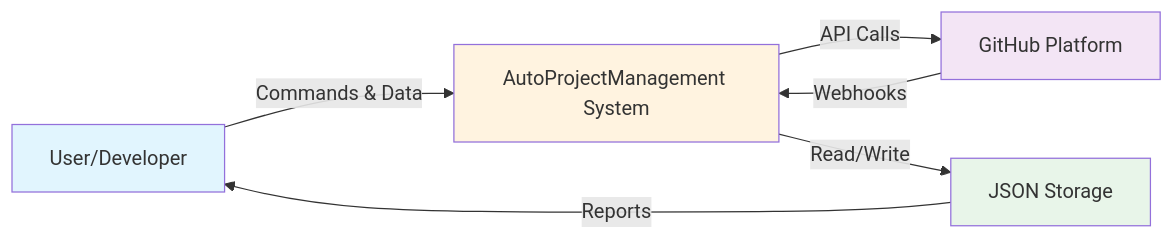
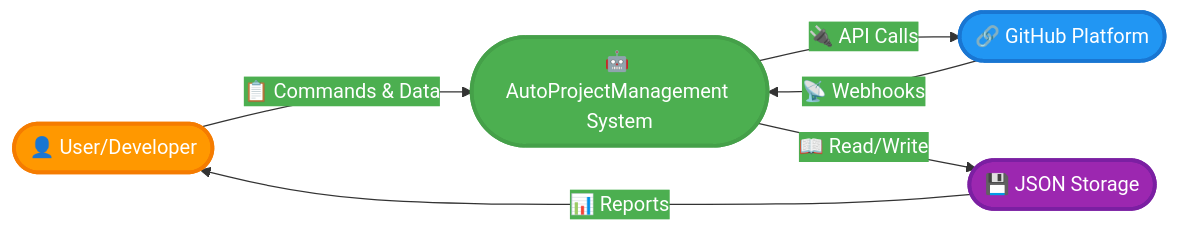
One commit to Shakour-Data/AutoProjectManagement changed the seventh of 13 diagrams in README.md. Above: the diagram before and after it, drawn with Mermaid. The commit also changed other lines of this file, not shown here.

Commit message:
`Added detailed system architecture diagrams and UML diagrams to the README file.`

````diff
--- a/README.md
+++ b/README.md
@@ -156,18 +219,19 @@
 ```mermaid
+%%{init: {'theme':'base', 'themeVariables': { 'primaryColor': '#FF9800', 'primaryTextColor': '#fff', 'primaryBorderColor': '#F57C00', 'lineColor': '#333', 'secondaryColor': '#4CAF50', 'tertiaryColor': '#fff'}}}%%
 flowchart LR
-    User[User/Developer]
-    System[AutoProjectManagement System]
-    GitHub[GitHub Platform]
-    Storage[JSON Storage]
+    User([👤 User/Developer])
+    System([🤖 AutoProjectManagement System])
+    GitHub([🔗 GitHub Platform])
+    Storage([💾 JSON Storage])
     
-    User -->|Commands & Data| System
-    System -->|API Calls| GitHub
-    System -->|Read/Write| Storage
-    GitHub -->|Webhooks| System
-    Storage -->|Reports| User
+    User -->|📋 Commands & Data| System
+    System -->|🔌 API Calls| GitHub
+    System -->|📖 Read/Write| Storage
+    GitHub -->|📡 Webhooks| System
+    Storage -->|📊 Reports| User
     
-    style User fill:#e1f5fe
-    style System fill:#fff3e0
-    style GitHub fill:#f3e5f5
-    style Storage fill:#e8f5e9
+    style User fill:#FF9800,stroke:#F57C00,stroke-width:3px,color:#fff
+    style System fill:#4CAF50,stroke:#45a049,stroke-width:3px,color:#fff
+    style GitHub fill:#2196F3,stroke:#1976D2,stroke-width:3px,color:#fff
+    style Storage fill:#9C27B0,stroke:#7B1FA2,stroke-width:3px,color:#fff
 ```
````
